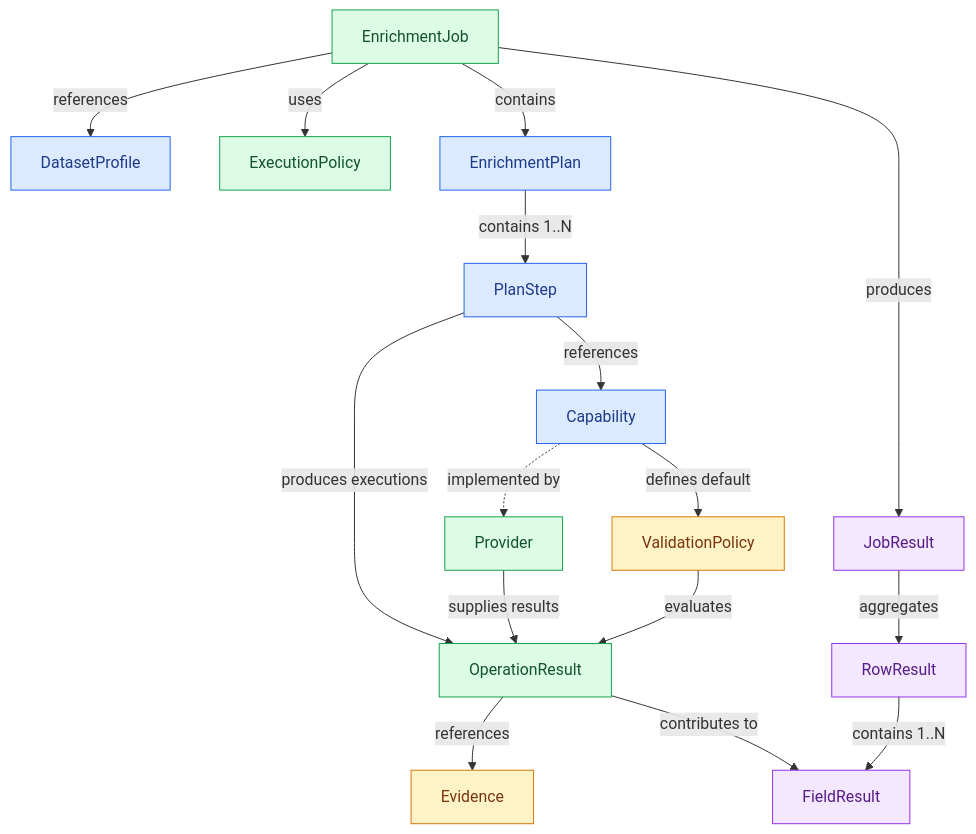
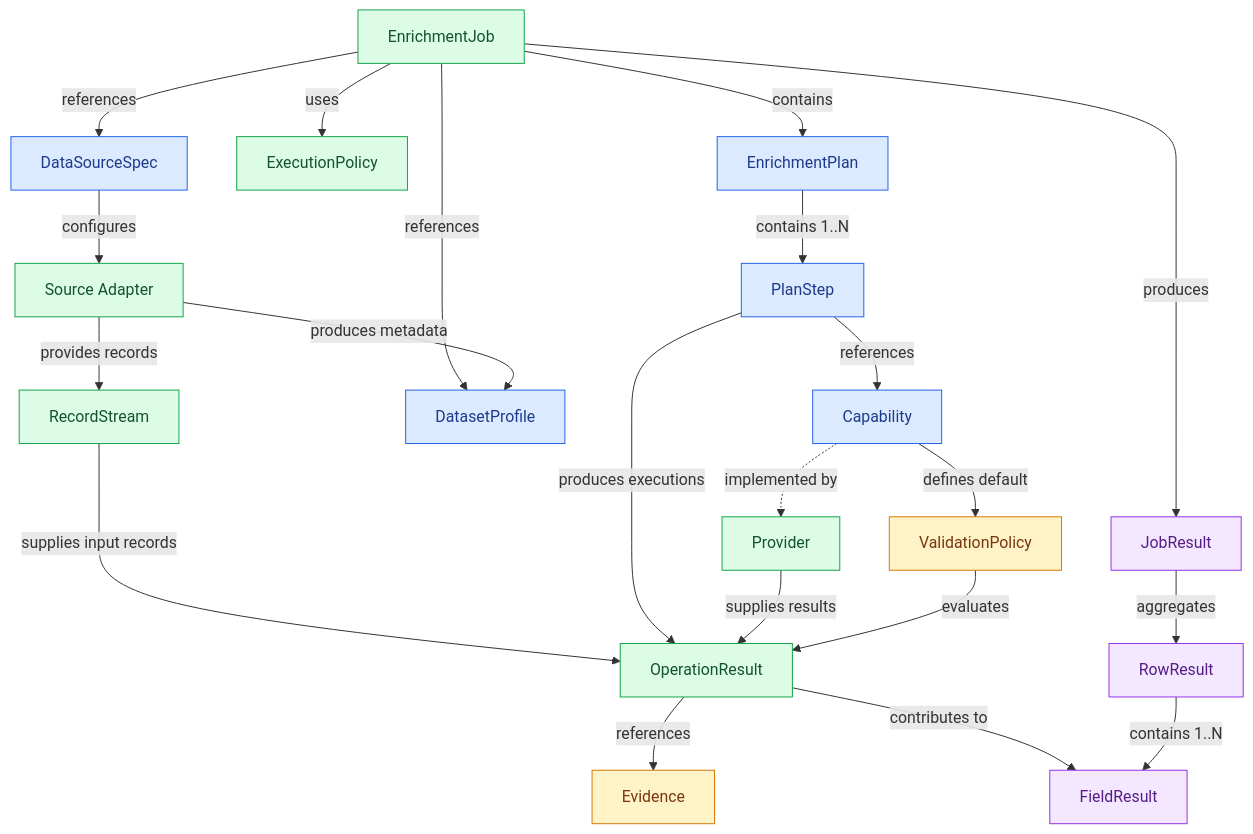
Before and after one commit to ayri77/ai-data-enrichment-studio: the diagram in docs/03-domain-model.md, drawn with Mermaid. The commit also changed other lines of this file, not shown here.

Commit message:
docs: clarify source-independent dataset profiling architecture

````diff
--- a/docs/03-domain-model.md
+++ b/docs/03-domain-model.md
@@ -78,46 +78,54 @@
 ```mermaid
 flowchart TD
     Job["EnrichmentJob"]
+    Source["DataSourceSpec"]
+    Adapter["Source Adapter"]
+    Records["RecordStream"]
     Profile["DatasetProfile"]
     Policy["ExecutionPolicy"]
     Plan["EnrichmentPlan"]
     Step["PlanStep"]
     Capability["Capability"]
     Provider["Provider"]
     Validation["ValidationPolicy"]
     Operation["OperationResult"]
     Evidence["Evidence"]
     Field["FieldResult"]
     Row["RowResult"]
     Result["JobResult"]
 
+    Job -->|references| Source
     Job -->|references| Profile
+    Source -->|configures| Adapter
+    Adapter -->|produces metadata| Profile
+    Adapter -->|provides records| Records
+    Records -->|supplies input records| Operation
     Job -->|uses| Policy
     Job -->|contains| Plan
 
     Plan -->|contains 1..N| Step
     Step -->|references| Capability
     Capability -.->|implemented by| Provider
     Capability -->|defines default| Validation
 
     Step -->|produces executions| Operation
     Provider -->|supplies results| Operation
     Validation -->|evaluates| Operation
 
     Operation -->|references| Evidence
     Operation -->|contributes to| Field
 
     Row -->|contains 1..N| Field
     Result -->|aggregates| Row
     Job -->|produces| Result
 
     classDef planning fill:#dbeafe,stroke:#2563eb,color:#1e3a8a
     classDef execution fill:#dcfce7,stroke:#16a34a,color:#14532d
     classDef quality fill:#fef3c7,stroke:#d97706,color:#78350f
     classDef results fill:#f3e8ff,stroke:#9333ea,color:#581c87
 
-    class Profile,Plan,Step,Capability planning
-    class Job,Policy,Provider,Operation execution
+    class Source,Profile,Plan,Step,Capability planning
+    class Adapter,Records,Job,Policy,Provider,Operation execution
     class Validation,Evidence quality
     class Field,Row,Result results
 ```
````
